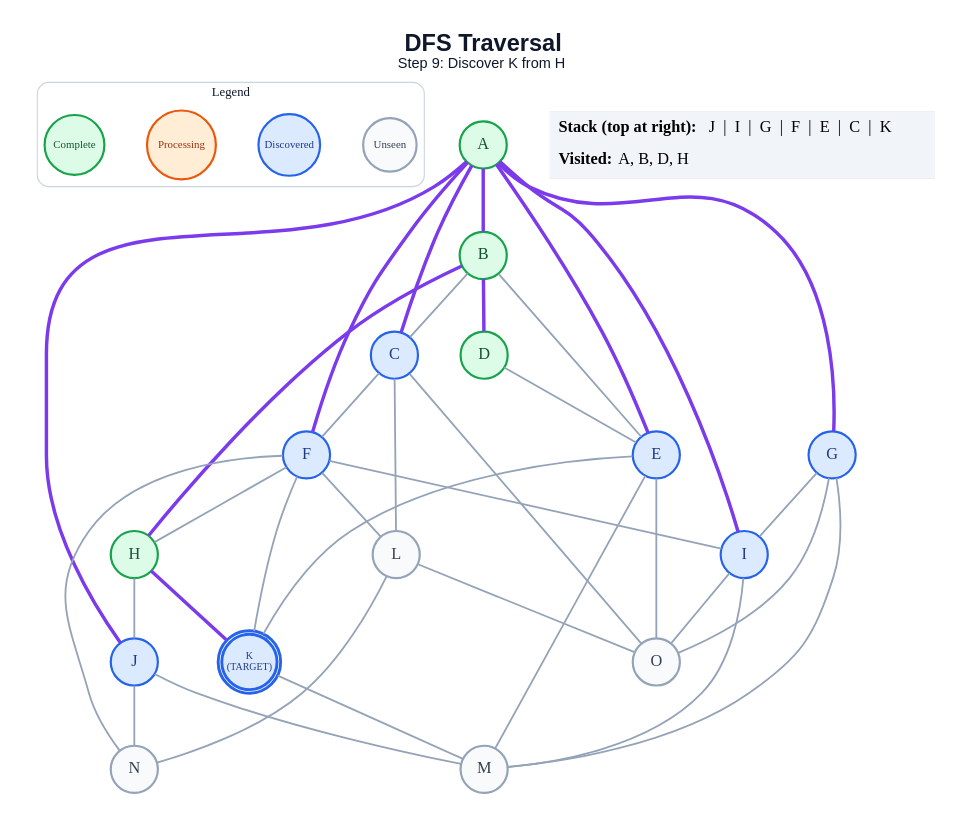
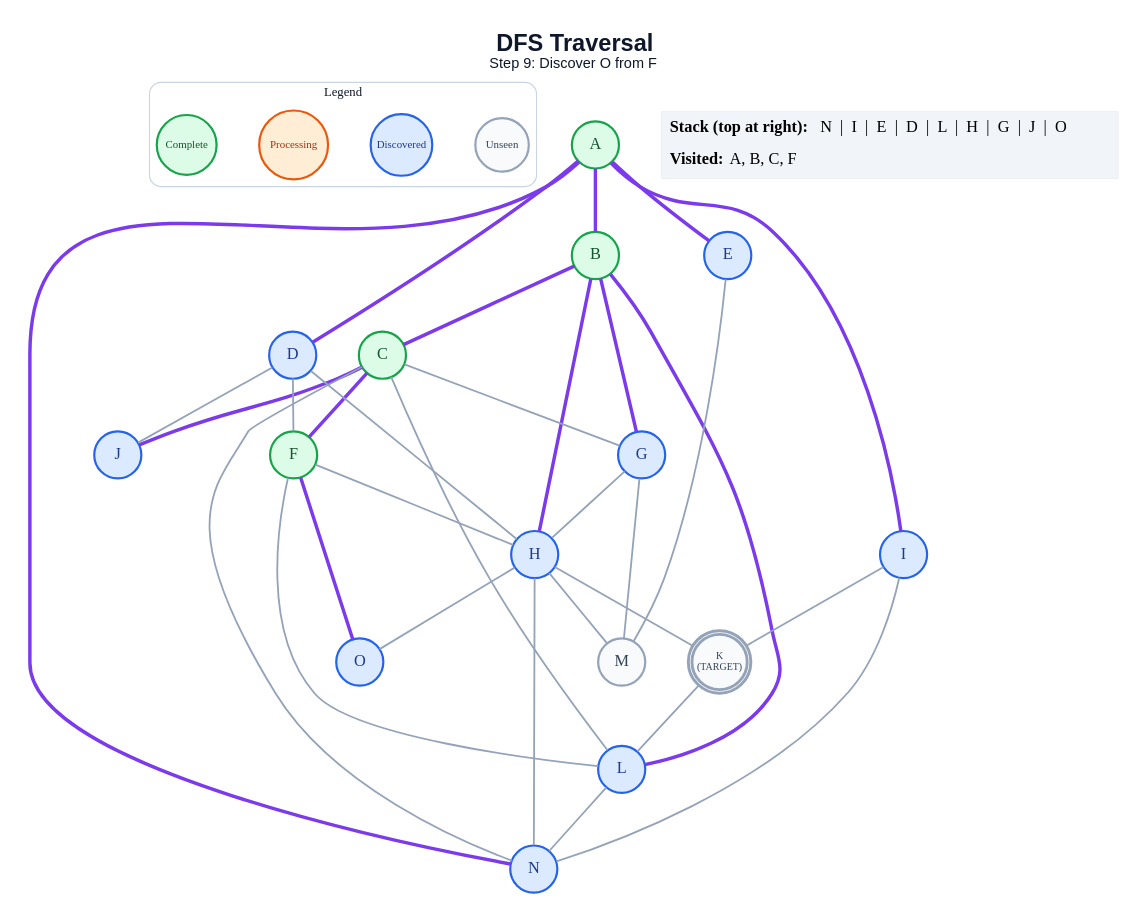
One commit to anon7238593-create/ai-slop changed the diagram in generated/dfs/step_09.dot. Above: the diagram before and after it, drawn with Graphviz. The commit also changed 286 other files, not shown here.

```diff
--- a/generated/dfs/step_09.dot
+++ b/generated/dfs/step_09.dot
@@ -1,69 +1,65 @@
 graph traversal {
   graph [layout=dot, rankdir=TB, bgcolor="#FFFFFF", pad="0.35", nodesep="0.65", ranksep="0.8", fontname="Arial"];
   node [shape=circle, style="filled", fontname="Arial Bold", fontsize=18, width=0.72, fixedsize=true, penwidth=2.4];
   edge [color="#94A3B8", penwidth=2.0];
-  label=<<B>DFS Traversal</B><BR/><FONT POINT-SIZE="16">Step 9: Discover K from H</FONT>>; labelloc="t"; fontsize=26; fontname="Arial"; fontcolor="#0F172A";
+  label=<<B>DFS Traversal</B><BR/><FONT POINT-SIZE="16">Step 9: Discover O from F</FONT>>; labelloc="t"; fontsize=26; fontname="Arial"; fontcolor="#0F172A";
   subgraph cluster_legend { label="Legend"; color="#CBD5E1"; penwidth=1.2; style="rounded"; fontsize=14; fontname="Arial Bold";
     key_unseen [label="Unseen", fillcolor="#F8FAFC", color="#94A3B8", fontcolor="#334155", fontsize=12, width=0.82];
     key_frontier [label="Discovered", fillcolor="#DBEAFE", color="#2563EB", fontcolor="#1E3A8A", fontsize=12, width=0.95];
     key_current [label="Processing", fillcolor="#FFEDD5", color="#EA580C", fontcolor="#9A3412", fontsize=12, width=1.05];
     key_done [label="Complete", fillcolor="#DCFCE7", color="#16A34A", fontcolor="#14532D", fontsize=12, width=0.92];
     { rank=same; key_unseen; key_frontier; key_current; key_done; }
   }
   A [label="A", fillcolor="#DCFCE7", color="#16A34A", fontcolor="#14532D", peripheries=1, penwidth=2.4];
   B [label="B", fillcolor="#DCFCE7", color="#16A34A", fontcolor="#14532D", peripheries=1, penwidth=2.4];
-  C [label="C", fillcolor="#DBEAFE", color="#2563EB", fontcolor="#1E3A8A", peripheries=1, penwidth=2.4];
-  D [label="D", fillcolor="#DCFCE7", color="#16A34A", fontcolor="#14532D", peripheries=1, penwidth=2.4];
+  C [label="C", fillcolor="#DCFCE7", color="#16A34A", fontcolor="#14532D", peripheries=1, penwidth=2.4];
+  D [label="D", fillcolor="#DBEAFE", color="#2563EB", fontcolor="#1E3A8A", peripheries=1, penwidth=2.4];
   E [label="E", fillcolor="#DBEAFE", color="#2563EB", fontcolor="#1E3A8A", peripheries=1, penwidth=2.4];
-  F [label="F", fillcolor="#DBEAFE", color="#2563EB", fontcolor="#1E3A8A", peripheries=1, penwidth=2.4];
+  F [label="F", fillcolor="#DCFCE7", color="#16A34A", fontcolor="#14532D", peripheries=1, penwidth=2.4];
   G [label="G", fillcolor="#DBEAFE", color="#2563EB", fontcolor="#1E3A8A", peripheries=1, penwidth=2.4];
-  H [label="H", fillcolor="#DCFCE7", color="#16A34A", fontcolor="#14532D", peripheries=1, penwidth=2.4];
+  H [label="H", fillcolor="#DBEAFE", color="#2563EB", fontcolor="#1E3A8A", peripheries=1, penwidth=2.4];
   I [label="I", fillcolor="#DBEAFE", color="#2563EB", fontcolor="#1E3A8A", peripheries=1, penwidth=2.4];
   J [label="J", fillcolor="#DBEAFE", color="#2563EB", fontcolor="#1E3A8A", peripheries=1, penwidth=2.4];
-  K [label="K\n(TARGET)", fillcolor="#DBEAFE", color="#2563EB", fontcolor="#1E3A8A", peripheries=2, penwidth=3.2, fontsize=11, width=0.85, height=0.85];
-  L [label="L", fillcolor="#F8FAFC", color="#94A3B8", fontcolor="#334155", peripheries=1, penwidth=2.4];
+  K [label="K\n(TARGET)", fillcolor="#F8FAFC", color="#94A3B8", fontcolor="#334155", peripheries=2, penwidth=3.2, fontsize=11, width=0.85, height=0.85];
+  L [label="L", fillcolor="#DBEAFE", color="#2563EB", fontcolor="#1E3A8A", peripheries=1, penwidth=2.4];
   M [label="M", fillcolor="#F8FAFC", color="#94A3B8", fontcolor="#334155", peripheries=1, penwidth=2.4];
-  N [label="N", fillcolor="#F8FAFC", color="#94A3B8", fontcolor="#334155", peripheries=1, penwidth=2.4];
-  O [label="O", fillcolor="#F8FAFC", color="#94A3B8", fontcolor="#334155", peripheries=1, penwidth=2.4];
+  N [label="N", fillcolor="#DBEAFE", color="#2563EB", fontcolor="#1E3A8A", peripheries=1, penwidth=2.4];
+  O [label="O", fillcolor="#DBEAFE", color="#2563EB", fontcolor="#1E3A8A", peripheries=1, penwidth=2.4];
   A -- B [color="#7C3AED", penwidth=3.8];
-  A -- C [color="#7C3AED", penwidth=3.8];
+  A -- D [color="#7C3AED", penwidth=3.8];
   A -- E [color="#7C3AED", penwidth=3.8];
-  A -- F [color="#7C3AED", penwidth=3.8];
-  A -- G [color="#7C3AED", penwidth=3.8];
   A -- I [color="#7C3AED", penwidth=3.8];
-  A -- J [color="#7C3AED", penwidth=3.8];
-  B -- C;
-  B -- D [color="#7C3AED", penwidth=3.8];
-  B -- E;
+  A -- N [color="#7C3AED", penwidth=3.8];
+  B -- C [color="#7C3AED", penwidth=3.8];
+  B -- G [color="#7C3AED", penwidth=3.8];
   B -- H [color="#7C3AED", penwidth=3.8];
-  C -- F;
+  B -- L [color="#7C3AED", penwidth=3.8];
+  C -- F [color="#7C3AED", penwidth=3.8];
+  C -- G;
+  C -- J [color="#7C3AED", penwidth=3.8];
   C -- L;
-  C -- O;
-  D -- E;
-  E -- K;
+  C -- N;
+  D -- F;
+  D -- H;
+  D -- J;
   E -- M;
-  E -- O;
   F -- H;
-  F -- I;
-  F -- K;
   F -- L;
-  F -- N;
-  G -- I;
+  F -- O [color="#7C3AED", penwidth=3.8];
+  G -- H;
   G -- M;
-  G -- O;
-  H -- J;
-  H -- K [color="#7C3AED", penwidth=3.8];
-  I -- M;
-  I -- O;
-  J -- M;
-  J -- N;
-  K -- M;
+  H -- K;
+  H -- M;
+  H -- N;
+  H -- O;
+  I -- K;
+  I -- N;
+  K -- L;
   L -- N;
-  L -- O;
   status [shape=plain, fixedsize=false, width=0, height=0, margin=0, label=<
     <TABLE BORDER="0" CELLBORDER="0" CELLPADDING="7" BGCOLOR="#F1F5F9">
-      <TR><TD ALIGN="LEFT"><B>Stack (top at right):</B> J  |  I  |  G  |  F  |  E  |  C  |  K</TD></TR>
-      <TR><TD ALIGN="LEFT"><B>Visited:</B> A, B, D, H</TD></TR>
+      <TR><TD ALIGN="LEFT"><B>Stack (top at right):</B> N  |  I  |  E  |  D  |  L  |  H  |  G  |  J  |  O</TD></TR>
+      <TR><TD ALIGN="LEFT"><B>Visited:</B> A, B, C, F</TD></TR>
     </TABLE>
   >];
 }
```
